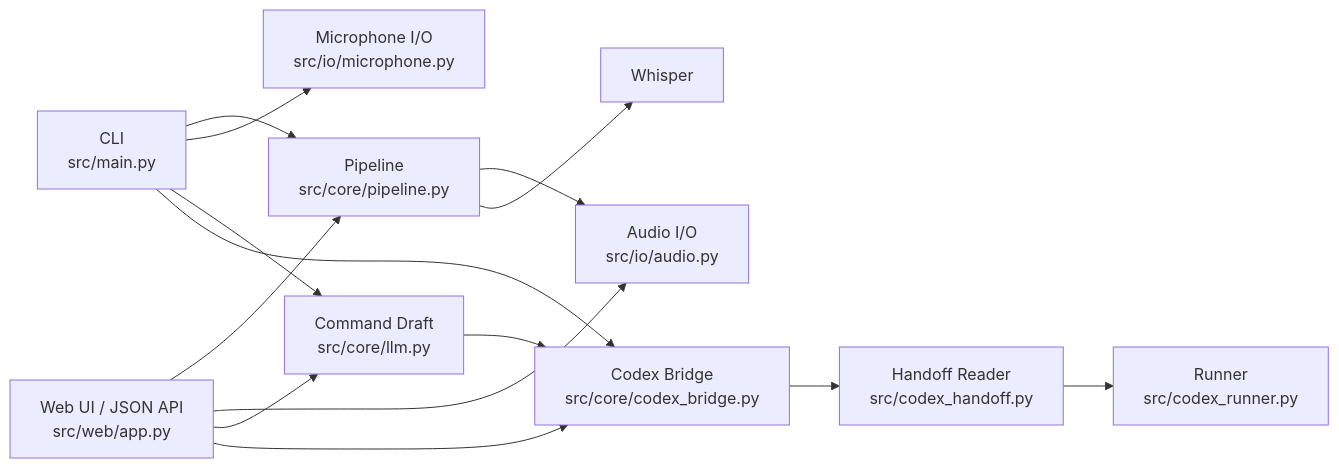
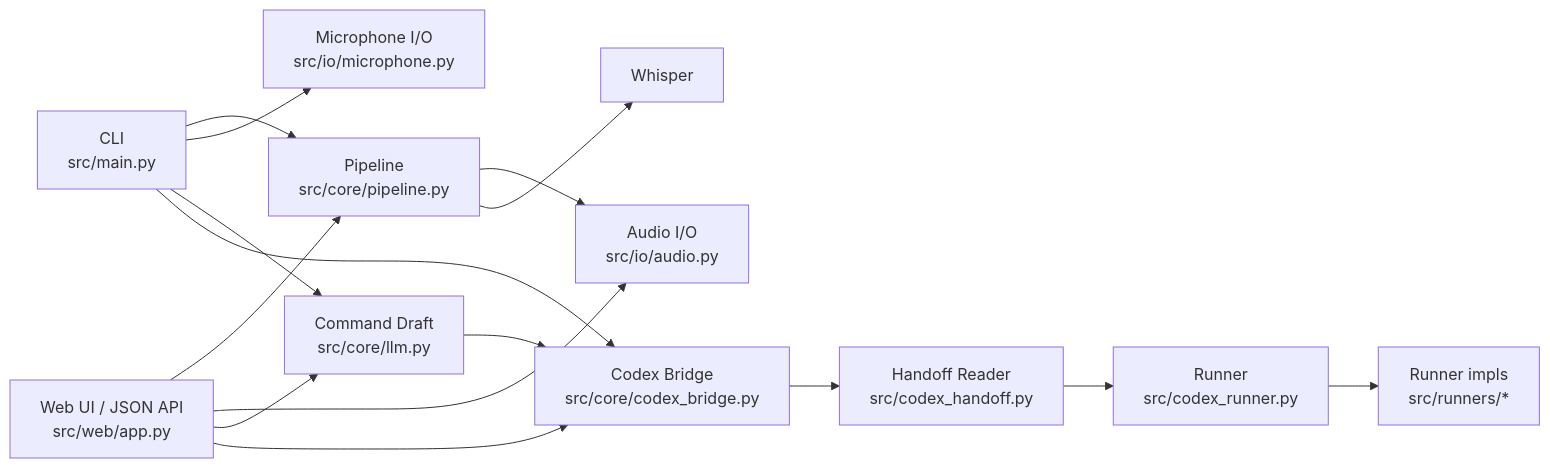
Before and after one commit to hiro-collab/ai_talk_core: the first of 3 diagrams in README.md, drawn with Mermaid. The commit also changed other lines of this file and 12 other files, not shown here.

Commit message:
Group runner implementations under src/runners

````diff
--- a/README.md
+++ b/README.md
@@ -17,27 +17,29 @@
 ```mermaid
 flowchart LR
     CLI["CLI\nsrc/main.py"]
     WEB["Web UI / JSON API\nsrc/web/app.py"]
     PIPE["Pipeline\nsrc/core/pipeline.py"]
     MIC["Microphone I/O\nsrc/io/microphone.py"]
     AUDIO["Audio I/O\nsrc/io/audio.py"]
     DRAFT["Command Draft\nsrc/core/llm.py"]
     BRIDGE["Codex Bridge\nsrc/core/codex_bridge.py"]
     HANDOFF["Handoff Reader\nsrc/codex_handoff.py"]
     RUNNER["Runner\nsrc/codex_runner.py"]
+    RUNNER_IMPL["Runner impls\nsrc/runners/*"]
     WHISPER["Whisper"]
 
     CLI --> PIPE
     WEB --> PIPE
     CLI --> MIC
     WEB --> AUDIO
     PIPE --> AUDIO
     PIPE --> WHISPER
     CLI --> DRAFT
     WEB --> DRAFT
     DRAFT --> BRIDGE
     CLI --> BRIDGE
     WEB --> BRIDGE
     BRIDGE --> HANDOFF
     HANDOFF --> RUNNER
+    RUNNER --> RUNNER_IMPL
 ```
````
